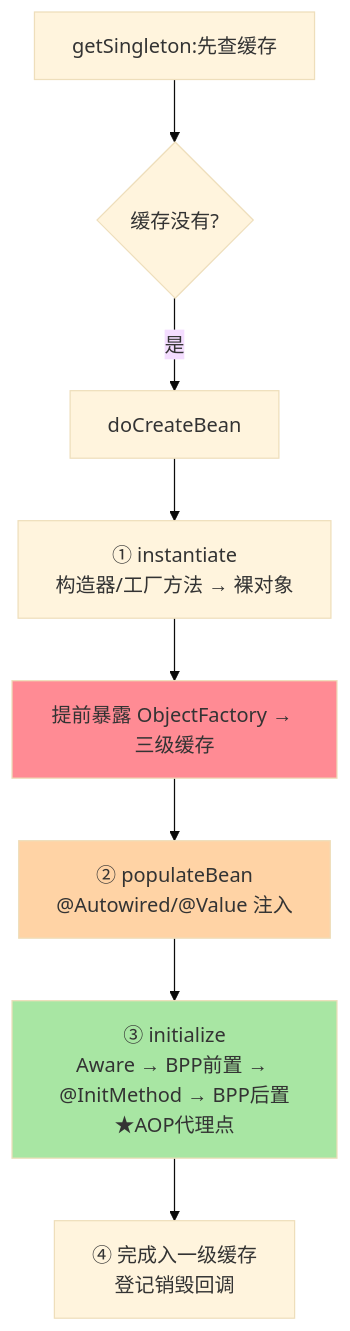
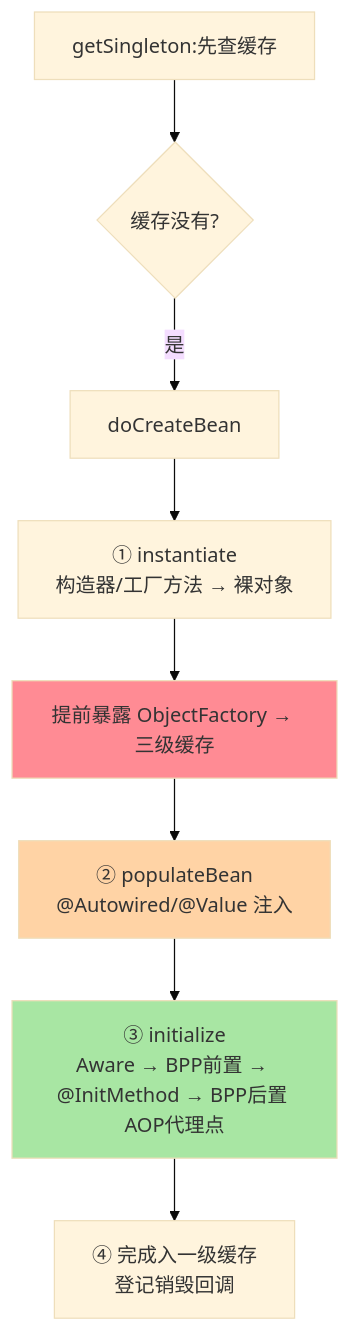
The first of 3 diagrams in docs/backend/java/ecosystem/spring-boot/特性层/深入理解IoC容器/2_Bean生命周期与三级缓存源码-深度.md (xiaobo1997/programmer-knowledge-graph), drawn with Mermaid (base theme) before and after one commit. The commit also changed other lines of this file and 137 other files, not shown here.

````diff
--- a/docs/backend/java/ecosystem/spring-boot/特性层/深入理解IoC容器/2_Bean生命周期与三级缓存源码-深度.md
+++ b/docs/backend/java/ecosystem/spring-boot/特性层/深入理解IoC容器/2_Bean生命周期与三级缓存源码-深度.md
@@ -32,13 +28,13 @@
 ```mermaid
 flowchart TD
     GB["getSingleton:先查缓存"] --> CR{"缓存没有?"}
     CR -->|"是"| DC["doCreateBean"]
     DC --> S1["① instantiate<br/>构造器/工厂方法 → 裸对象"]
     S1 --> EAR["提前暴露 ObjectFactory → 三级缓存"]
     EAR --> S2["② populateBean<br/>@Autowired/@Value 注入"]
-    S2 --> S3["③ initialize<br/>Aware → BPP前置 → @InitMethod → BPP后置★AOP代理点"]
+    S2 --> S3["③ initialize<br/>Aware → BPP前置 → @InitMethod → BPP后置 AOP代理点"]
     S3 --> S4["④ 完成入一级缓存<br/>登记销毁回调"]
     style S2 fill:#ffd3a5
     style S3 fill:#a8e6a3
     style EAR fill:#ff8b94
 ```
````
